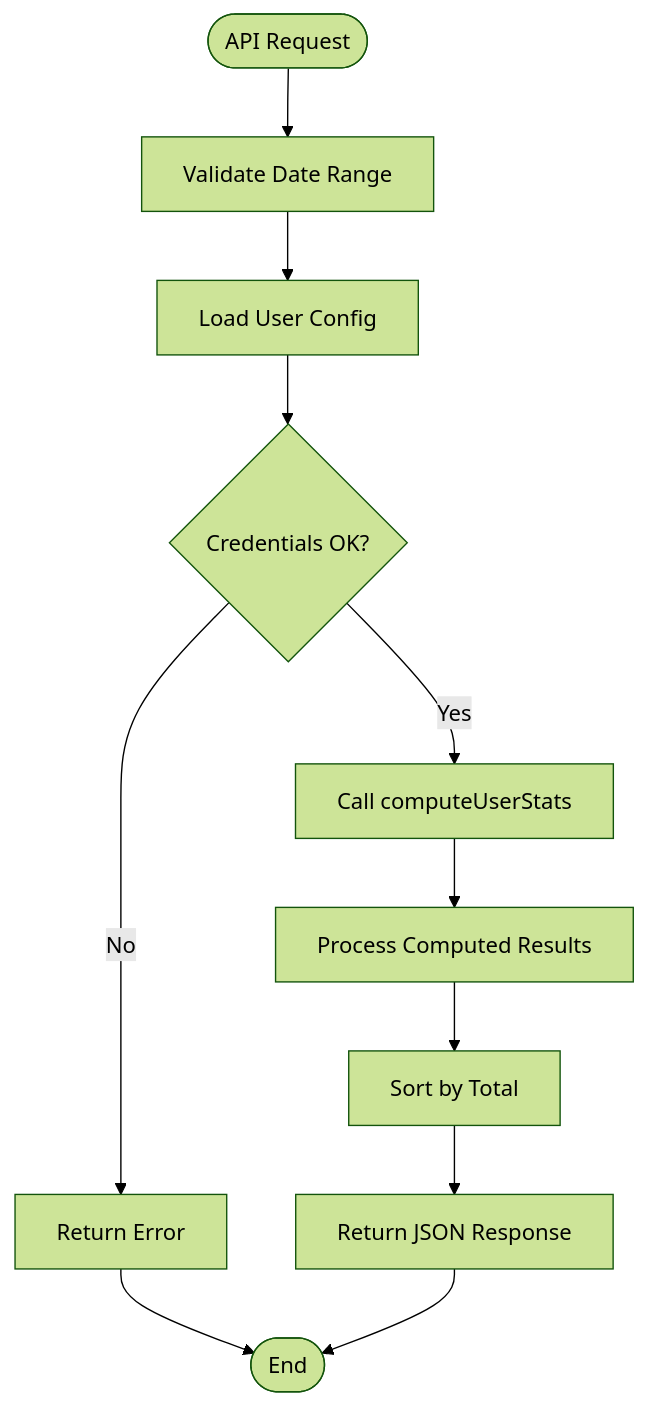
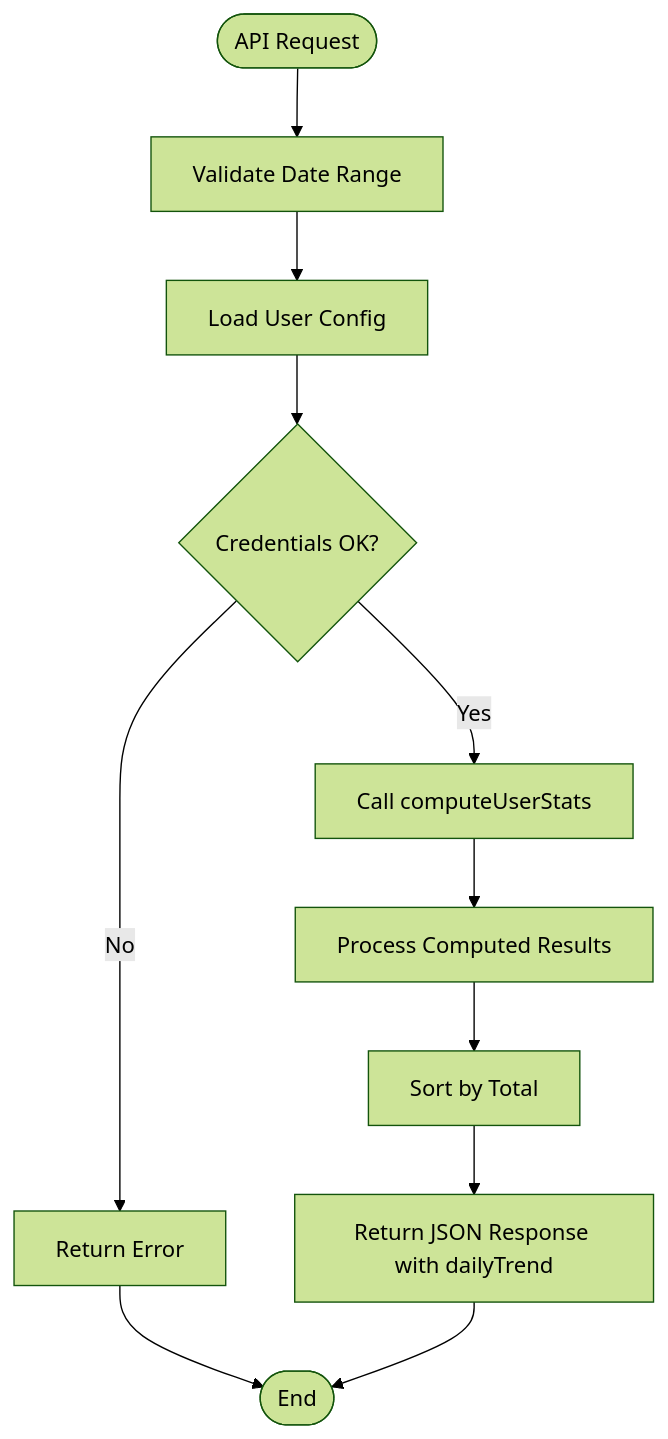
One commit to jrj444/git-daily changed the eighth of 9 diagrams in .qoder/repowiki/en/content/Frontend Components/Commit Statistics Dashboard.md. Above: the diagram before and after it, drawn with Mermaid (forest theme). The commit also changed other lines of this file and 16 other files, not shown here.

````diff
--- a/.qoder/repowiki/en/content/Frontend Components/Commit Statistics Dashboard.md
+++ b/.qoder/repowiki/en/content/Frontend Components/Commit Statistics Dashboard.md
@@ -364,13 +454,13 @@
 ```mermaid
 flowchart TD
 Start([API Request]) --> Validate[Validate Date Range]
 Validate --> LoadUser[Load User Config]
 LoadUser --> CheckCreds{Credentials OK?}
 CheckCreds --> |No| Error[Return Error]
 CheckCreds --> |Yes| CallCompute[Call computeUserStats]
 CallCompute --> ProcessResults[Process Computed Results]
 ProcessResults --> SortProjects[Sort by Total]
-SortProjects --> Return[Return JSON Response]
+SortProjects --> Return[Return JSON Response with dailyTrend]
 Error --> End([End])
 Return --> End
 ```
````
